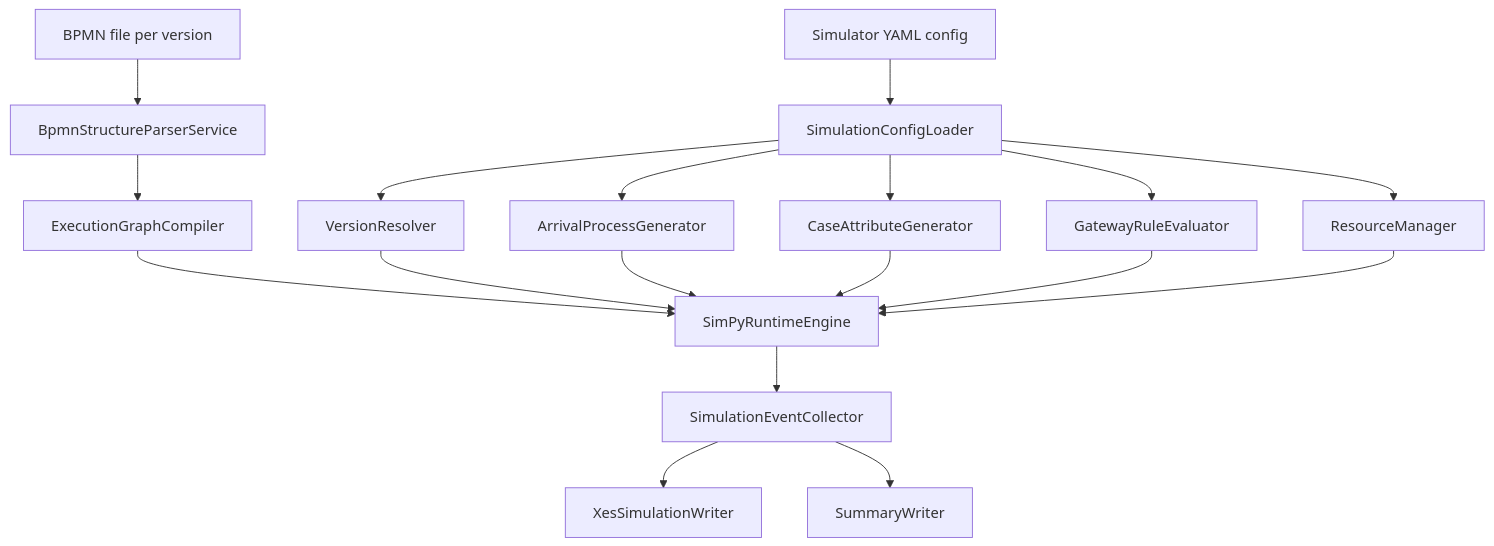
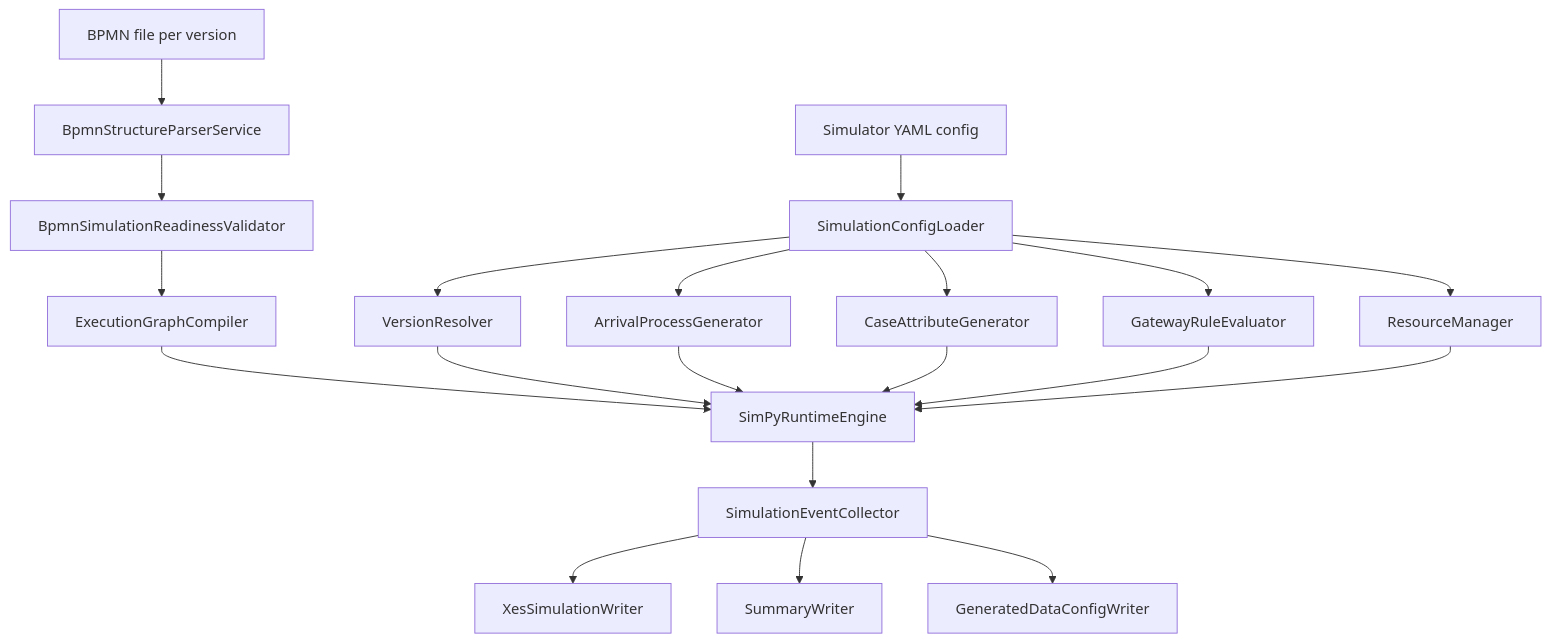
Before and after one commit to ghsrg/bpm_prediction: the first of 2 diagrams in docs/Scec4Simulator_S1.MD, drawn with Mermaid. The commit also changed other lines of this file and 1 other file, not shown here.

Commit message:
spec for sim tool fix

````diff
--- a/docs/Scec4Simulator_S1.MD
+++ b/docs/Scec4Simulator_S1.MD
@@ -74,20 +74,22 @@
 ```mermaid
 flowchart TD
     A[Simulator YAML config] --> B[SimulationConfigLoader]
     C[BPMN file per version] --> D[BpmnStructureParserService]
-    D --> E[ExecutionGraphCompiler]
-    B --> F[VersionResolver]
-    B --> G[ArrivalProcessGenerator]
-    B --> H[CaseAttributeGenerator]
-    B --> I[GatewayRuleEvaluator]
-    B --> J[ResourceManager]
-    E --> K[SimPyRuntimeEngine]
-    F --> K
-    G --> K
-    H --> K
-    I --> K
-    J --> K
-    K --> L[SimulationEventCollector]
-    L --> M[XesSimulationWriter]
-    L --> N[SummaryWriter]
+    D --> E[BpmnSimulationReadinessValidator]
+    E --> F[ExecutionGraphCompiler]
+    B --> G[VersionResolver]
+    B --> H[ArrivalProcessGenerator]
+    B --> I[CaseAttributeGenerator]
+    B --> J[GatewayRuleEvaluator]
+    B --> K[ResourceManager]
+    F --> L[SimPyRuntimeEngine]
+    G --> L
+    H --> L
+    I --> L
+    J --> L
+    K --> L
+    L --> M[SimulationEventCollector]
+    M --> N[XesSimulationWriter]
+    M --> O[SummaryWriter]
+    M --> P[GeneratedDataConfigWriter]
 ```
````
